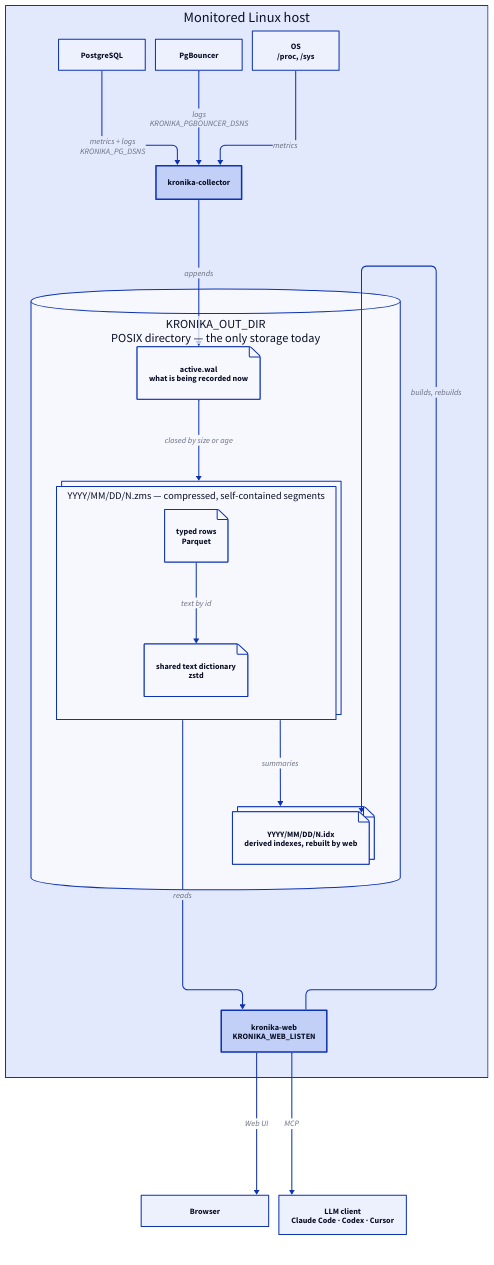
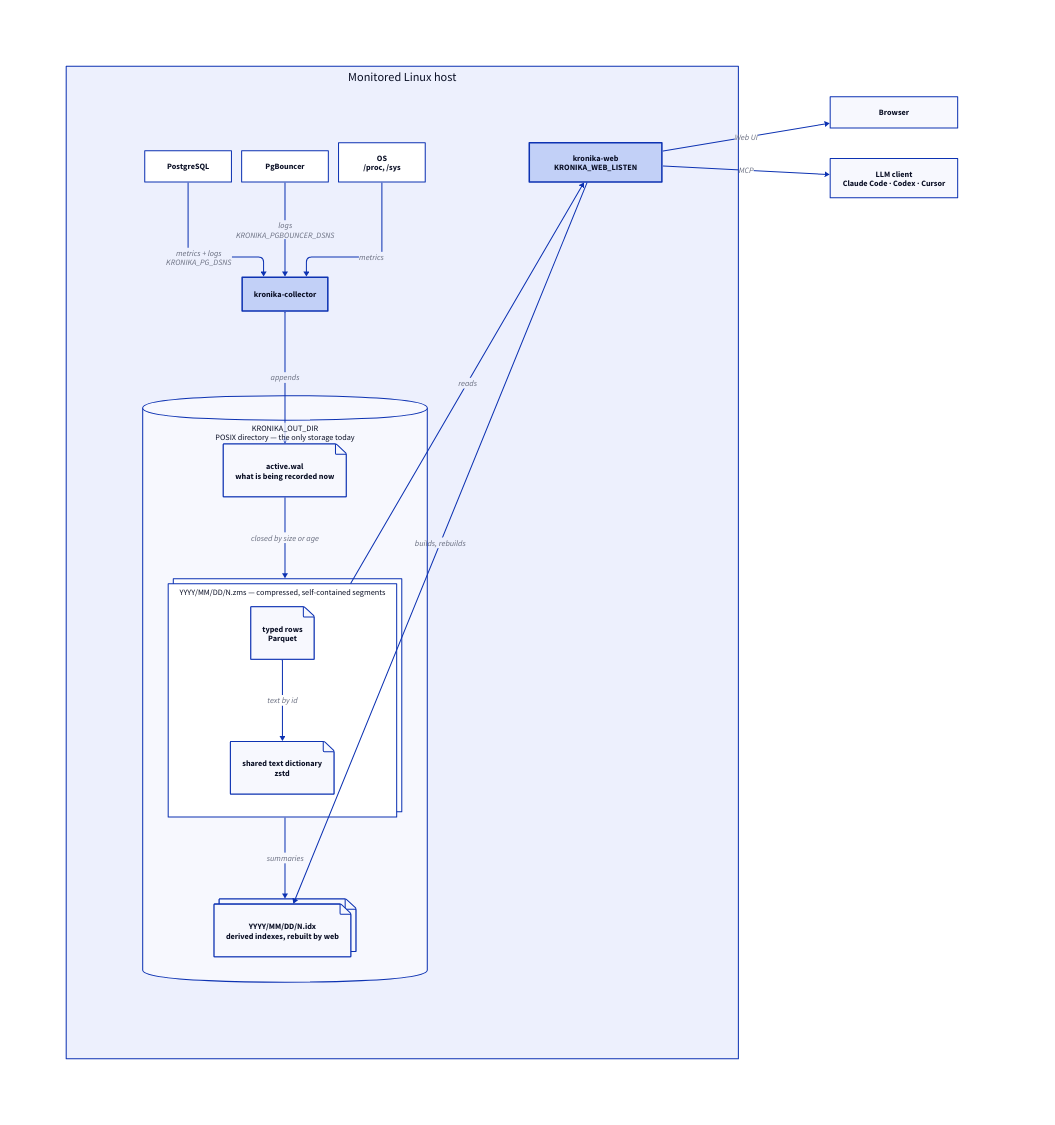
Before and after one commit to vadv/Kronika: the diagram in docs/diagrams/architecture.d2, drawn with D2. The commit also changed 1 other file, not shown here.

Commit message:
docs: move web and the clients to the right of the storage column
The read side of the picture sits beside the write column now instead
of hanging under it: a grid splits the host into the collector-storage
lane and the web cell, so kronika-web keeps its box size next to the
cylinder and the clients stand at its height outside the host.

Claude-Session: https://claude.ai/code/session_01PLmQWZzFXFZKMCWR7PAw1n

```diff
--- a/docs/diagrams/architecture.d2
+++ b/docs/diagrams/architecture.d2
@@ -1,81 +1,103 @@
 # Kronika architecture. Regenerate the committed SVG with `make diagrams`.
 
 vars: {
   d2-config: {
     layout-engine: elk
   }
 }
 
 direction: down
 
 classes: {
   kronika-binary: {
     style: {
       fill: "#c2d0f7"
       stroke: "#0d32b2"
       stroke-width: 3
     }
   }
+  invisible: {
+    style: {
+      stroke-width: 0
+      fill: transparent
+    }
+  }
 }
 
-host: Monitored Linux host {
-  pg: PostgreSQL {width: 170}
-  pgb: PgBouncer {width: 170}
-  os: OS\n/proc, /sys {width: 170}
+root: "" {
+  class: invisible
+  grid-columns: 2
+  grid-gap: 120
 
-  collector: kronika-collector {
-    class: kronika-binary
+  host: Monitored Linux host {
+    grid-columns: 2
+    grid-gap: 100
+
+    lane: "" {
+      class: invisible
+
+      pg: PostgreSQL {width: 170}
+      pgb: PgBouncer {width: 170}
+      os: OS\n/proc, /sys {width: 170}
+
+      collector: kronika-collector {
+        class: kronika-binary
+      }
+
+      pg -> collector: metrics + logs\nKRONIKA_PG_DSNS
+      pgb -> collector: logs\nKRONIKA_PGBOUNCER_DSNS
+      os -> collector: metrics
+
+      dir: KRONIKA_OUT_DIR\nPOSIX directory — the only storage today {
+        shape: cylinder
+
+        wal: active.wal\nwhat is being recorded now {
+          shape: page
+        }
+
+        seg: YYYY/MM/DD/N.zms — compressed, self-contained segments {
+          style.multiple: true
+          rows: typed rows\nParquet {
+            shape: page
+          }
+          dict: shared text dictionary\nzstd {
+            shape: page
+          }
+          rows -> dict: text by id
+        }
+
+        idx: YYYY/MM/DD/N.idx\nderived indexes, rebuilt by web {
+          shape: page
+          style.multiple: true
+        }
+
+        wal -> seg: closed by size or age
+        seg -> idx: summaries
+      }
+
+      collector -> dir.wal: appends
+    }
+
+    webcol: "" {
+      class: invisible
+      web: kronika-web\nKRONIKA_WEB_LISTEN {
+        class: kronika-binary
+        width: 260
+      }
+    }
+
+    lane.dir.seg -> webcol.web: reads
+    webcol.web -> lane.dir.idx: builds, rebuilds
   }
 
-  pg -> collector: metrics + logs\nKRONIKA_PG_DSNS
-  pgb -> collector: logs\nKRONIKA_PGBOUNCER_DSNS
-  os -> collector: metrics
-
-  dir: KRONIKA_OUT_DIR\nPOSIX directory — the only storage today {
-    shape: cylinder
-
-    wal: active.wal\nwhat is being recorded now {
-      shape: page
-    }
-
-    seg: YYYY/MM/DD/N.zms — compressed, self-contained segments {
-      style.multiple: true
-      rows: typed rows\nParquet {
-        shape: page
-      }
-      dict: shared text dictionary\nzstd {
-        shape: page
-      }
-      rows -> dict: text by id
-    }
-
-    idx: YYYY/MM/DD/N.idx\nderived indexes, rebuilt by web {
-      shape: page
-      style.multiple: true
-    }
-
-    wal -> seg: closed by size or age
-    seg -> idx: summaries
+  clients: "" {
+    class: invisible
+    grid-columns: 1
+    grid-gap: 60
+    browser: Browser {width: 250}
+    llm: LLM client\nClaude Code · Codex · Cursor {width: 250}
   }
 
-  collector -> dir.wal: appends
-
-  web: kronika-web\nKRONIKA_WEB_LISTEN {
-    class: kronika-binary
-  }
-
-  dir.seg -> web: reads
-  web -> dir.idx: builds, rebuilds
-  dir.idx -> web: {style.opacity: 0}
-  dir -> web: {style.opacity: 0}
+  host.webcol.web -> clients.browser: Web UI
+  host.webcol.web -> clients.llm: MCP
 }
-
-clients: "" {
-  style.stroke-width: 0
-  style.fill: transparent
-  browser: Browser {width: 250}
-  llm: LLM client\nClaude Code · Codex · Cursor {width: 250}
-}
-
-host.web -> clients.browser: Web UI
-host.web -> clients.llm: MCP
```
